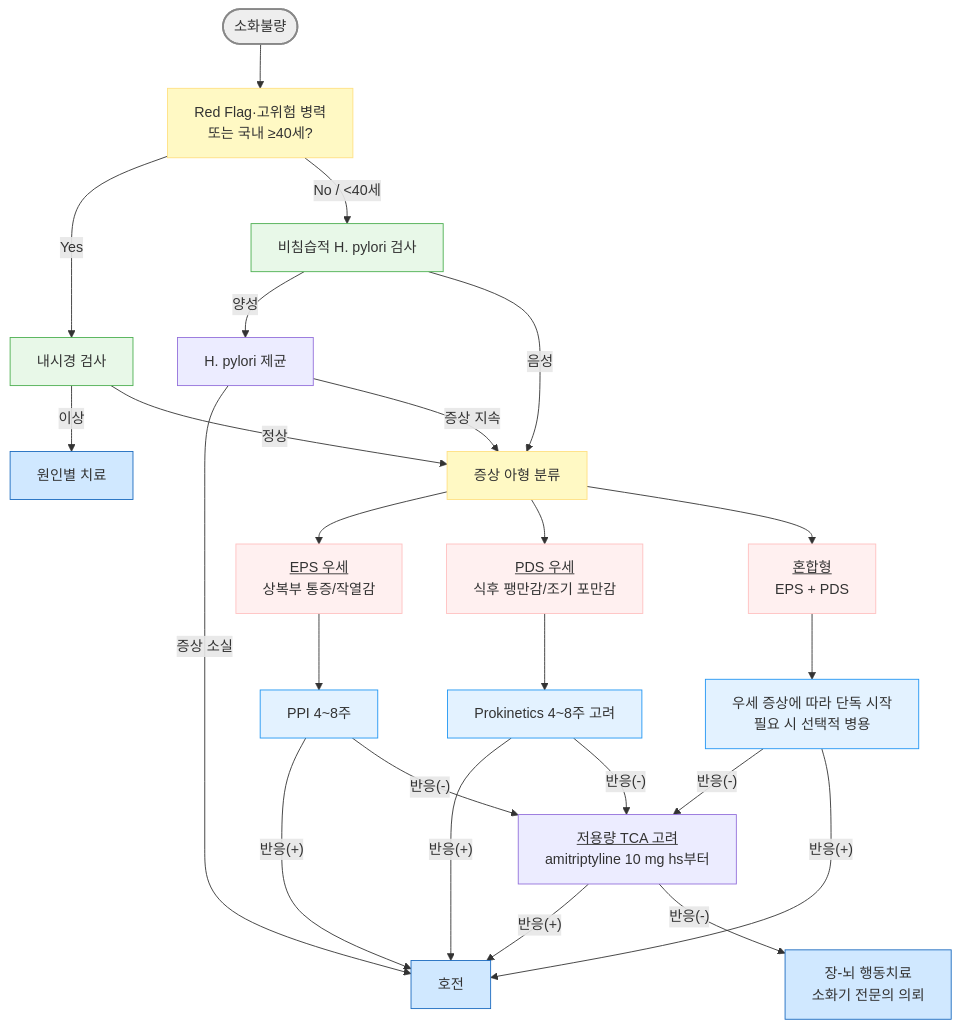
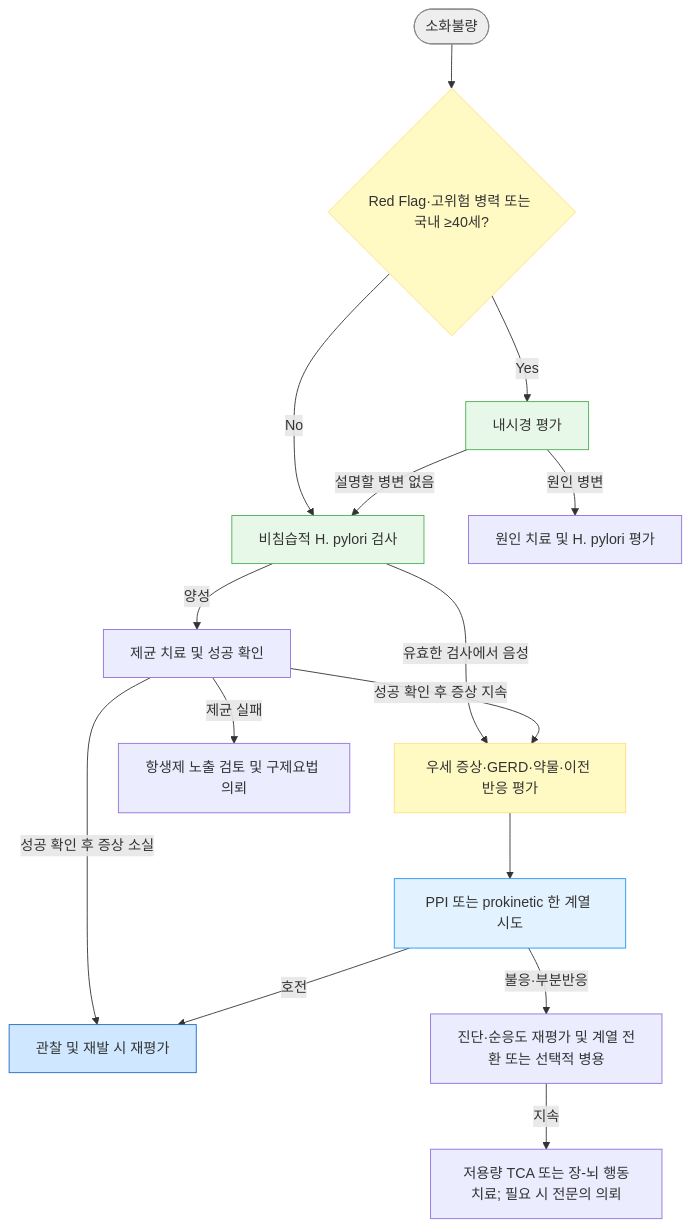
One commit to familyoh77/familyoh77 changed the diagram in 224_/075_-indigestion-dyspepsia.md. Above: the diagram before and after it, drawn with Mermaid. The commit also changed other lines of this file and 2 other files, not shown here.

````diff
--- a/224_/075_-indigestion-dyspepsia.md
+++ b/224_/075_-indigestion-dyspepsia.md
@@ -228,45 +232,24 @@
 ```mermaid
-graph TD
-    Start([소화불량]) --> RF["Red Flag·고위험 병력<br/>또는 국내 ≥40세?"]
-    RF -- "Yes" --> Endo["내시경 검사"]
-    RF -- "No / <40세" --> HpTest["비침습적 H. pylori 검사"]
-
-    Endo -- "이상" --> CauseTx["원인별 치료"]
-    Endo -- "정상" --> Pheno
-
-    HpTest -- "양성" --> HpErad["H. pylori 제균"]
-    HpTest -- "음성" --> Pheno["증상 아형 분류"]
-    HpErad -- "증상 소실" --> Done["호전"]
-    HpErad -- "증상 지속" --> Pheno
-
-    Pheno --> EPS["<u>EPS 우세</u><br/>상복부 통증/작열감"]
-    Pheno --> PDS["<u>PDS 우세</u><br/>식후 팽만감/조기 포만감"]
-    Pheno --> Mix["<u>혼합형</u><br/>EPS + PDS"]
-
-    EPS --> PPI["PPI 4~8주"]
-    PDS --> Prokin["Prokinetics 4~8주 고려"]
-    Mix --> Both["우세 증상에 따라 단독 시작<br/>필요 시 선택적 병용"]
-
-    PPI -- "반응(+)" --> Done
-    Prokin -- "반응(+)" --> Done
-
-
-    PPI -- "반응(-)" --> TCA["<u>저용량 TCA 고려</u><br/>amitriptyline 10 mg hs부터"]
-    Prokin -- "반응(-)" --> TCA
-    Both -- "반응(-)" --> TCA
-    Both -- "반응(+)" --> Done
-    TCA -- "반응(+)" --> Done
-    TCA -- "반응(-)" --> Psych["장-뇌 행동치료<br/>소화기 전문의 의뢰"]
-
-    style Start fill:#eeeeee,stroke:#888888,stroke-width:2px
-    classDef yellow fill:#fff9c4,stroke:#ffe082
-    class RF,Pheno yellow
-    classDef green fill:#e8f8e8,stroke:#4caf50
-    class HpTest,Endo green
-    classDef pink fill:#FFF0F0,stroke:#FFC0C0
-    class EPS,PDS,Mix pink
-    classDef sky fill:#e3f2ff,stroke:#2196f3
-    class PPI,Prokin,Both sky
-    classDef blue fill:#d0e8ff,stroke:#1a6abf
-    class Done,CauseTx,Psych blue
+flowchart TD
+    Start(["소화불량"]) --> RF{"Red Flag·고위험 병력 또는 국내 ≥40세?"}
+    RF -- "Yes" --> Endo["내시경 평가"]
+    RF -- "No" --> HpTest["비침습적 H. pylori 검사"]
+    Endo -- "원인 병변" --> CauseTx["원인 치료 및 H. pylori 평가"]
+    Endo -- "설명할 병변 없음" --> HpTest
+    HpTest -- "양성" --> HpErad["제균 치료 및 성공 확인"]
+    HpTest -- "유효한 검사에서 음성" --> Pheno["우세 증상·GERD·약물·이전 반응 평가"]
+    HpErad -- "성공 확인 후 증상 소실" --> Done["관찰 및 재발 시 재평가"]
+    HpErad -- "성공 확인 후 증상 지속" --> Pheno
+    HpErad -- "제균 실패" --> Rescue["항생제 노출 검토 및 구제요법 의뢰"]
+    Pheno --> First["PPI 또는 prokinetic 한 계열 시도"]
+    First -- "호전" --> Done
+    First -- "불응·부분반응" --> Review["진단·순응도 재평가 및 계열 전환 또는 선택적 병용"]
+    Review -- "지속" --> Next["저용량 TCA 또는 장-뇌 행동치료; 필요 시 전문의 의뢰"]
+    style Start fill:#eeeeee,stroke:#888888
+    style RF fill:#fff9c4,stroke:#ffe082
+    style Endo fill:#e8f8e8,stroke:#4caf50
+    style HpTest fill:#e8f8e8,stroke:#4caf50
+    style Pheno fill:#fff9c4,stroke:#ffe082
+    style First fill:#e3f2ff,stroke:#2196f3
+    style Done fill:#d0e8ff,stroke:#1a6abf
 ```
````
